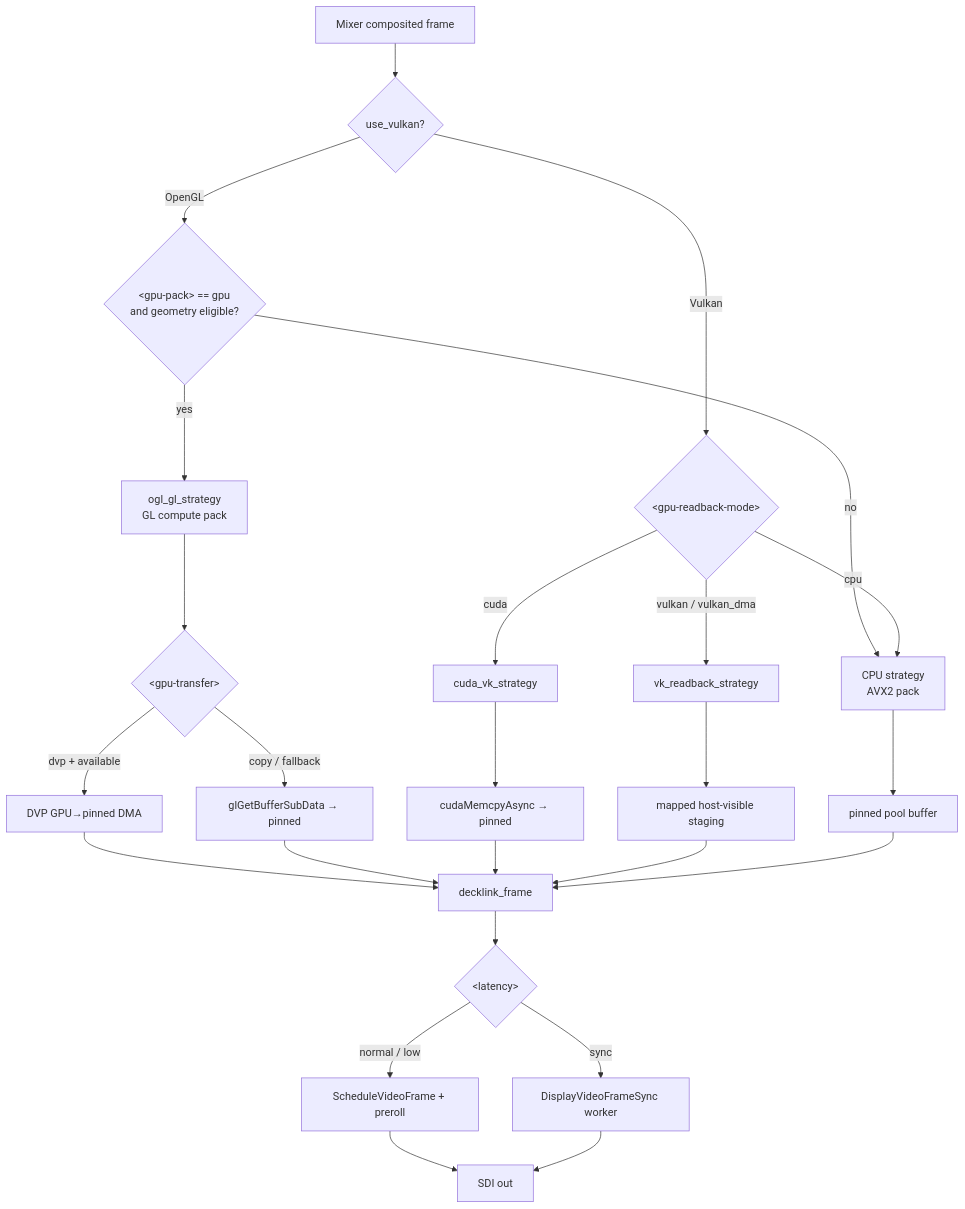
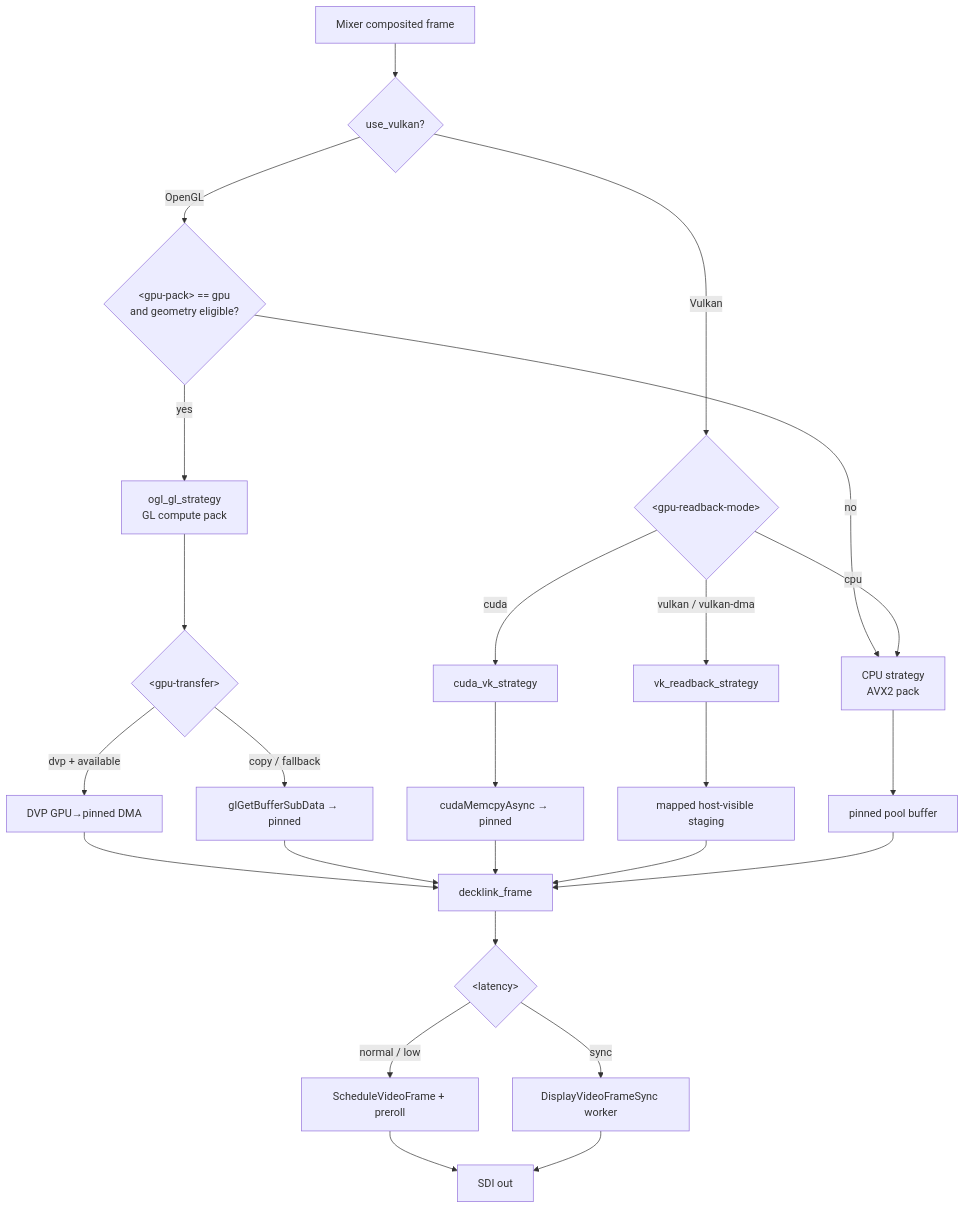
One commit to C-alcaide/server changed the first of 2 diagrams in docs/architecture/DECKLINK_GPU_DIRECT_OUTPUT.md. Above: the diagram before and after it, drawn with Mermaid. The commit also changed other lines of this file, not shown here.

Commit message:
docs(architecture): the DMA readback mode is hyphenated in config, and the doc used the enum name
DECKLINK_GPU_DIRECT_OUTPUT.md's configuration table offered `vulkan_dma` as a
<gpu-readback-mode> value. The parser tests `vulkan-dma` with a hyphen and has no
underscore spelling, so the documented value falls through the else branch to `auto` --
silently selecting a different path than the one asked for. Corrected, with the reason
spelled out, since the underscore form IS the C++ enum name and appears legitimately
elsewhere.

Swept the tree for it: the other three occurrences are correct. VULKAN_MIXER_IMPLEMENTATION
maps config-to-enum in a two-column table and shows both spellings deliberately, and
features/decklink-output.md is describing a comparison against the enum.

Verified accurate with no changes in CUDA_PRORES_IMPLEMENTATION_GUIDE: the VRAM ring is
4 slots (kVramRingSize), SLICES really is mbs_per_slice with powers of 2, the ceiling
division for a partial last slice exists, and the 510-slices-per-field arithmetic holds
(1920/16/8 = 15 per row, ceil(540/16) = 34 rows).

````diff
--- a/docs/architecture/DECKLINK_GPU_DIRECT_OUTPUT.md
+++ b/docs/architecture/DECKLINK_GPU_DIRECT_OUTPUT.md
@@ -73,27 +73,27 @@
 ```mermaid
 flowchart TD
     A[Mixer composited frame] --> B{use_vulkan?}
     B -->|OpenGL| C{"&lt;gpu-pack&gt; == gpu<br/>and geometry eligible?"}
     B -->|Vulkan| D{"&lt;gpu-readback-mode&gt;"}
     C -->|yes| E[ogl_gl_strategy<br/>GL compute pack]
     C -->|no| F[CPU strategy<br/>AVX2 pack]
     D -->|cuda| G[cuda_vk_strategy]
-    D -->|vulkan / vulkan_dma| H[vk_readback_strategy]
+    D -->|vulkan / vulkan-dma| H[vk_readback_strategy]
     D -->|cpu| F
     E --> T{"&lt;gpu-transfer&gt;"}
     T -->|dvp + available| I[DVP GPU→pinned DMA]
     T -->|copy / fallback| J[glGetBufferSubData → pinned]
     G --> K[cudaMemcpyAsync → pinned]
     H --> L[mapped host‑visible staging]
     F --> M[pinned pool buffer]
     I --> N[decklink_frame]
     J --> N
     K --> N
     L --> N
     M --> N
     N --> O{"&lt;latency&gt;"}
     O -->|normal / low| P[ScheduleVideoFrame + preroll]
     O -->|sync| Q[DisplayVideoFrameSync worker]
     P --> R[SDI out]
     Q --> R
 ```
````
